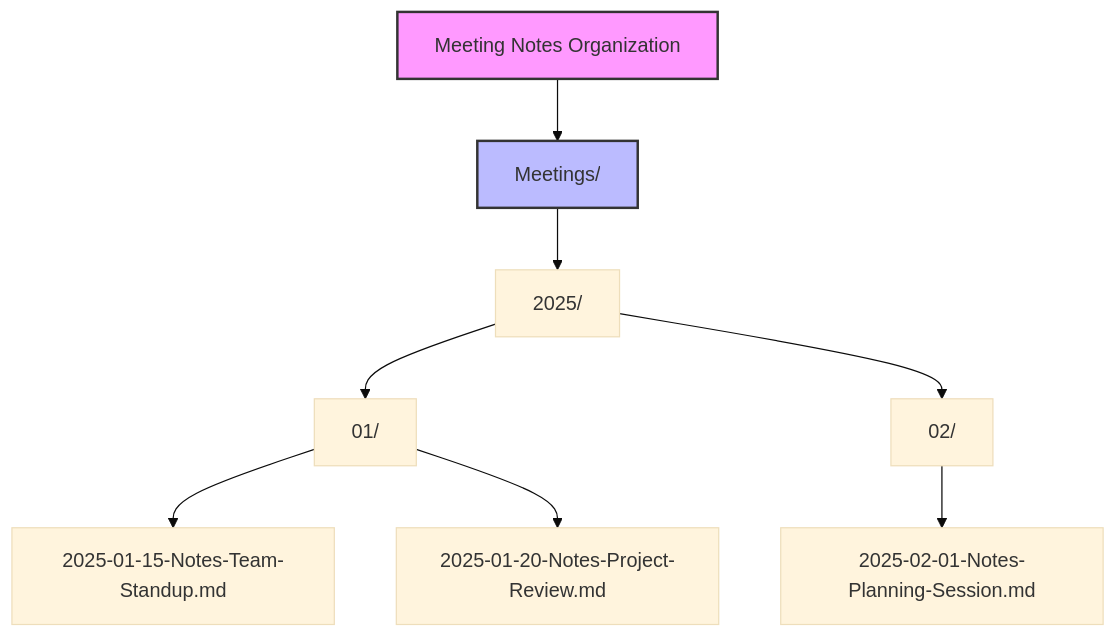
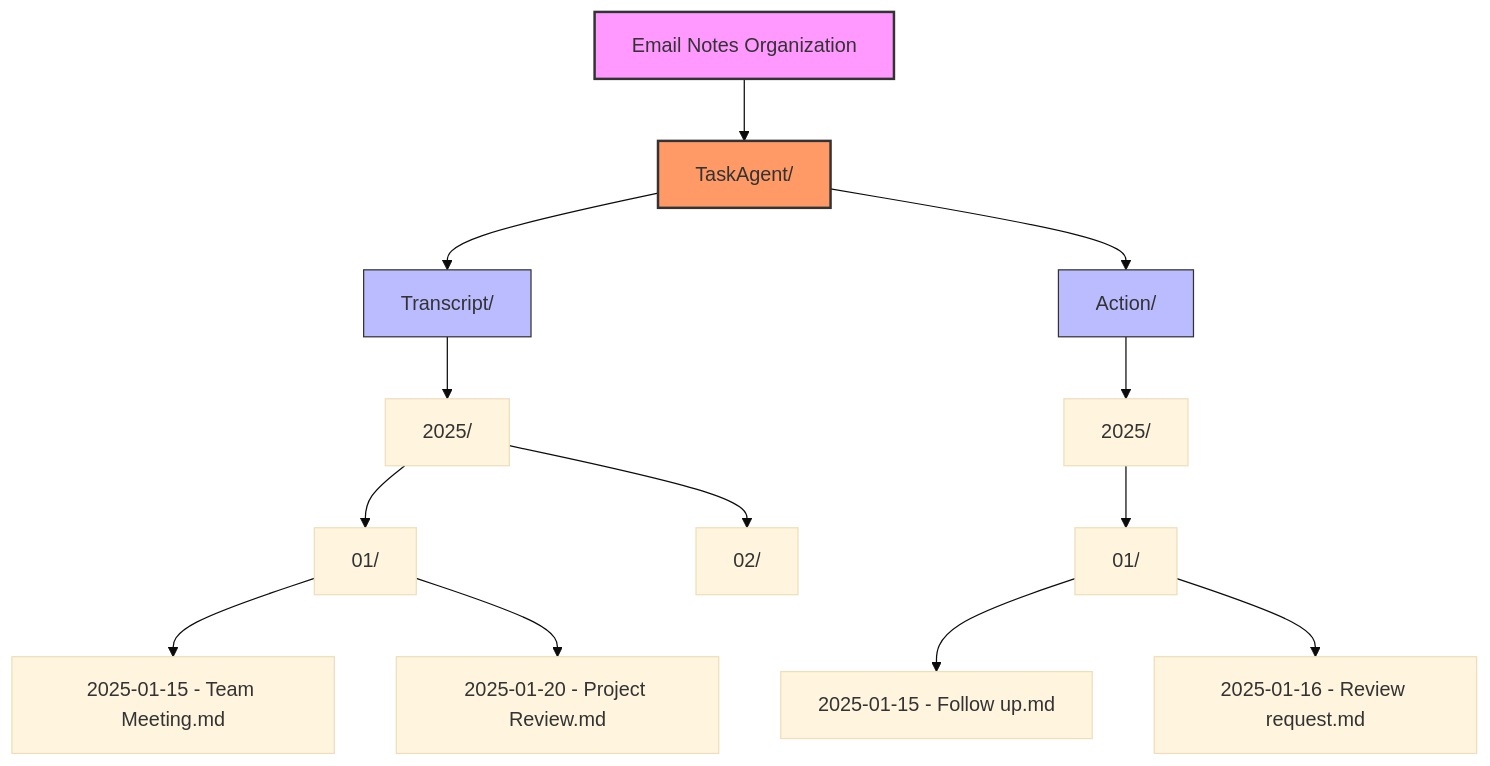
Before and after one commit to jimallen/TasksAgent: the fifth of 7 diagrams in docs/system-architecture.md, drawn with Mermaid (base theme). The commit also changed other lines of this file and 14 other files, not shown here.

First line of the commit message:
feat: implement dynamic label processor architecture

````diff
--- a/docs/system-architecture.md
+++ b/docs/system-architecture.md
@@ -167,14 +280,23 @@
 ```mermaid
 graph TD
-    A[Meeting Notes Organization]
-    A --> B[Meetings/]
-    B --> C[2025/]
-    C --> D[01/]
-    C --> E[02/]
-    D --> F[2025-01-15-Notes-Team-Standup.md]
-    D --> G[2025-01-20-Notes-Project-Review.md]
-    E --> H[2025-02-01-Notes-Planning-Session.md]
+    A[Email Notes Organization]
+    A --> B[TaskAgent/]
+    B --> C[Transcript/]
+    B --> D[Action/]
+
+    C --> E[2025/]
+    E --> F[01/]
+    E --> G[02/]
+    F --> H[2025-01-15 - Team Meeting.md]
+    F --> I[2025-01-20 - Project Review.md]
+
+    D --> J[2025/]
+    J --> K[01/]
+    K --> L[2025-01-15 - Follow up.md]
+    K --> M[2025-01-16 - Review request.md]
 
     style A fill:#f9f,stroke:#333,stroke-width:2px
-    style B fill:#bbf,stroke:#333,stroke-width:2px
+    style B fill:#f96,stroke:#333,stroke-width:2px
+    style C fill:#bbf,stroke:#333,stroke-width:1px
+    style D fill:#bbf,stroke:#333,stroke-width:1px
 ```
````
